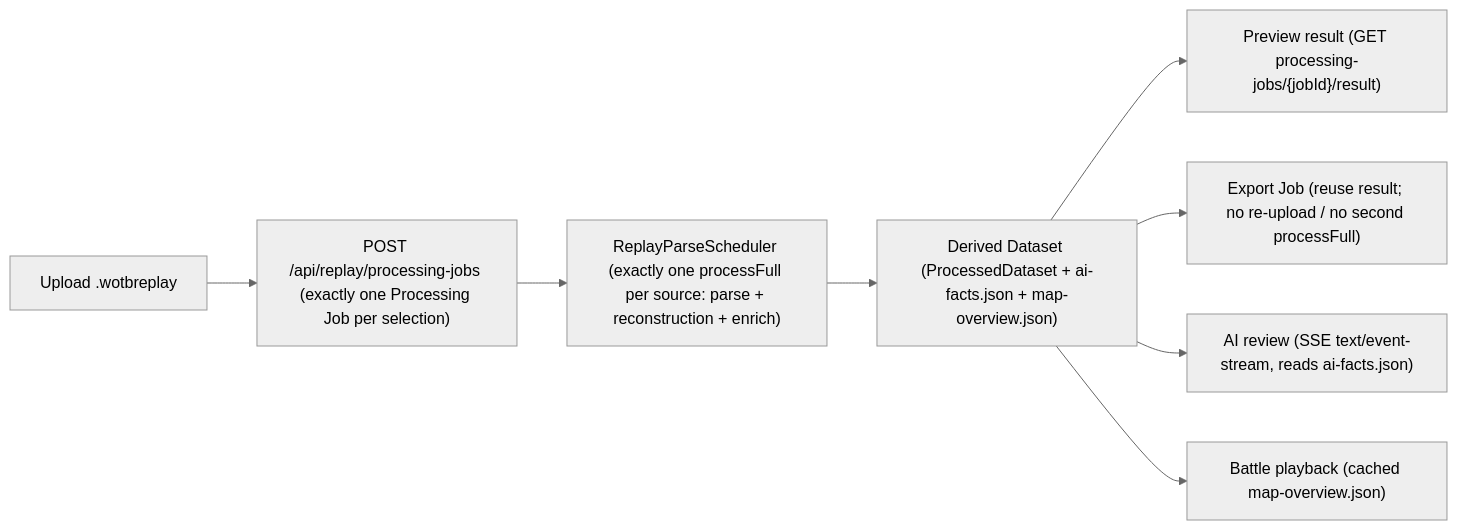
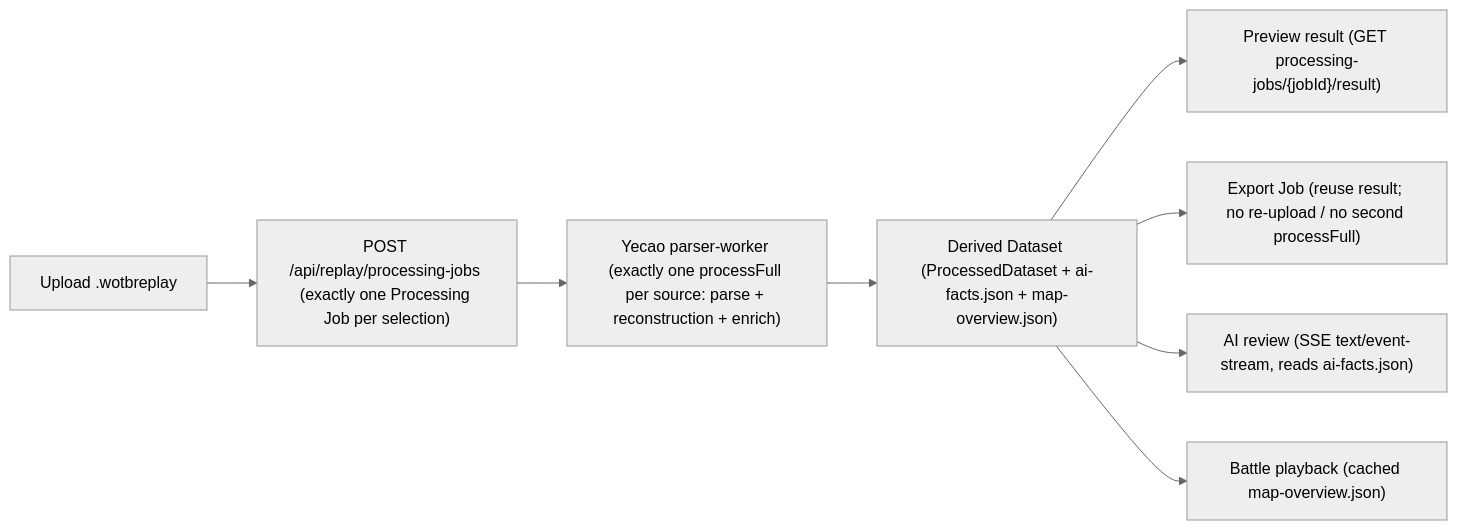
Before and after one commit to A158Coke/WotbTools: the diagram in README.en-US.md, drawn with Mermaid (neutral theme). The commit also changed other lines of this file and 55 other files, not shown here.

````diff
--- a/README.en-US.md
+++ b/README.en-US.md
@@ -17,10 +17,10 @@
 ```mermaid
 flowchart LR
     A["Upload .wotbreplay"] --> B["POST /api/replay/processing-jobs (exactly one Processing Job per selection)"]
-    B --> C["ReplayParseScheduler (exactly one processFull per source: parse + reconstruction + enrich)"]
+    B --> C["Yecao parser-worker (exactly one processFull per source: parse + reconstruction + enrich)"]
     C --> D["Derived Dataset (ProcessedDataset + ai-facts.json + map-overview.json)"]
     D --> E["Preview result (GET processing-jobs/{jobId}/result)"]
     D --> F["Export Job (reuse result; no re-upload / no second processFull)"]
     D --> G["AI review (SSE text/event-stream, reads ai-facts.json)"]
     D --> H["Battle playback (cached map-overview.json)"]
 ```
````
